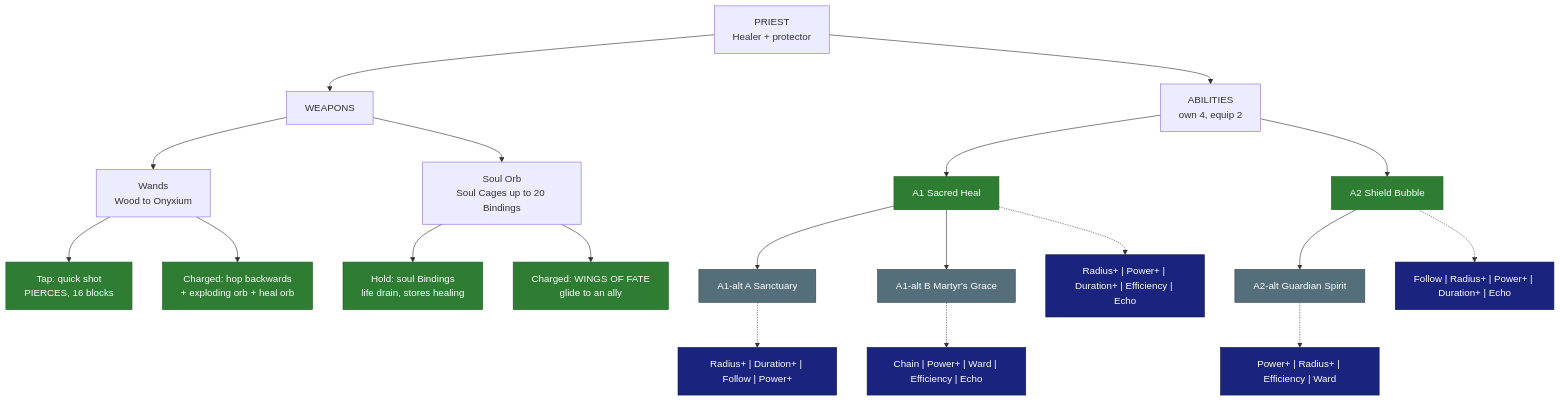
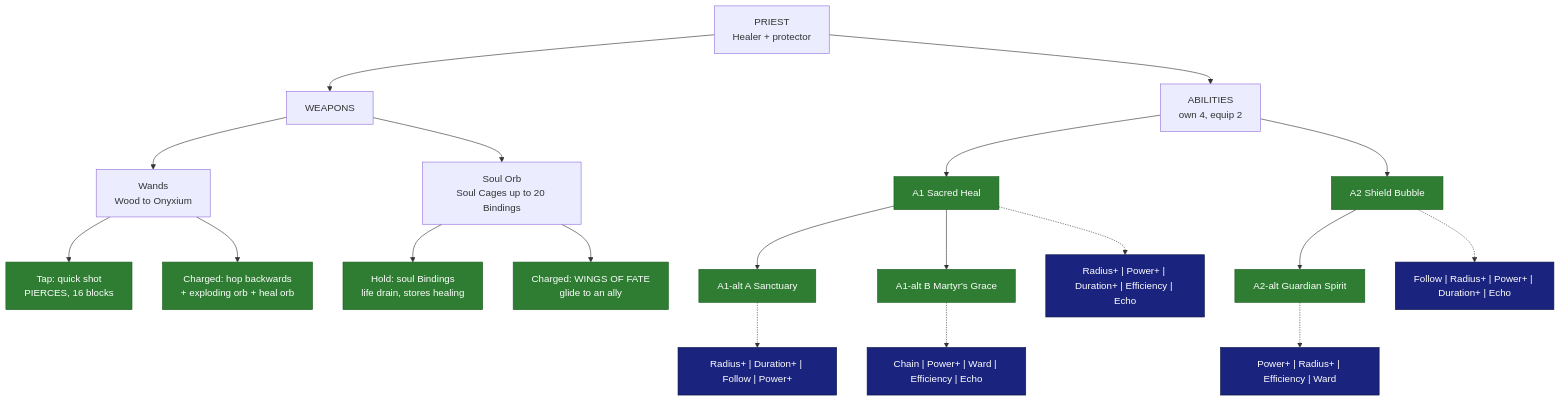
The diagram in research/classes/Priest.md (SkyyPlayz/SkyyWynnBlock), drawn with Mermaid before and after one commit. The commit also changed other lines of this file and 12 other files, not shown here.

````diff
--- a/research/classes/Priest.md
+++ b/research/classes/Priest.md
@@ -20,28 +20,27 @@
 ```mermaid
 flowchart TD
   CLS["PRIEST<br/>Healer + protector"]
   CLS --> WPN["WEAPONS"]
   CLS --> ABL["ABILITIES<br/>own 4, equip 2"]
   WPN --> WD["Wands<br/>Wood to Onyxium"]
   WD --> WDa["Tap: quick shot<br/>PIERCES, 16 blocks"]
   WD --> WDc["Charged: hop backwards<br/>+ exploding orb + heal orb"]
   WPN --> SO["Soul Orb<br/>Soul Cages up to 20 Bindings"]
   SO --> SOa["Hold: soul Bindings<br/>life drain, stores healing"]
   SO --> SOc["Charged: WINGS OF FATE<br/>glide to an ally"]
   ABL --> A1["A1 Sacred Heal"]
   A1 --> A1A["A1-alt A Sanctuary"]
   A1 --> A1B["A1-alt B Martyr's Grace"]
   ABL --> A2["A2 Shield Bubble"]
   A2 --> A2X["A2-alt Guardian Spirit"]
   A1 -.-> M1["Radius+ | Power+ | Duration+ | Efficiency | Echo"]
   A1A -.-> M2["Radius+ | Duration+ | Follow | Power+"]
   A1B -.-> M3["Chain | Power+ | Ward | Efficiency | Echo"]
   A2 -.-> M4["Follow | Radius+ | Power+ | Duration+ | Echo"]
   A2X -.-> M5["Power+ | Radius+ | Efficiency | Ward"]
   classDef locked fill:#2e7d32,color:#fff,stroke:#1b5e20
   classDef proposed fill:#546e7a,color:#fff,stroke:#37474f
   classDef mods fill:#1a237e,color:#fff,stroke:#0d1442
-  class A1,A2,WDa,WDc,SOa,SOc locked
-  class A1A,A1B,A2X proposed
+  class A1,A2,WDa,WDc,SOa,SOc,A1A,A1B,A2X locked
   class M1,M2,M3,M4,M5 mods
 ```
````
